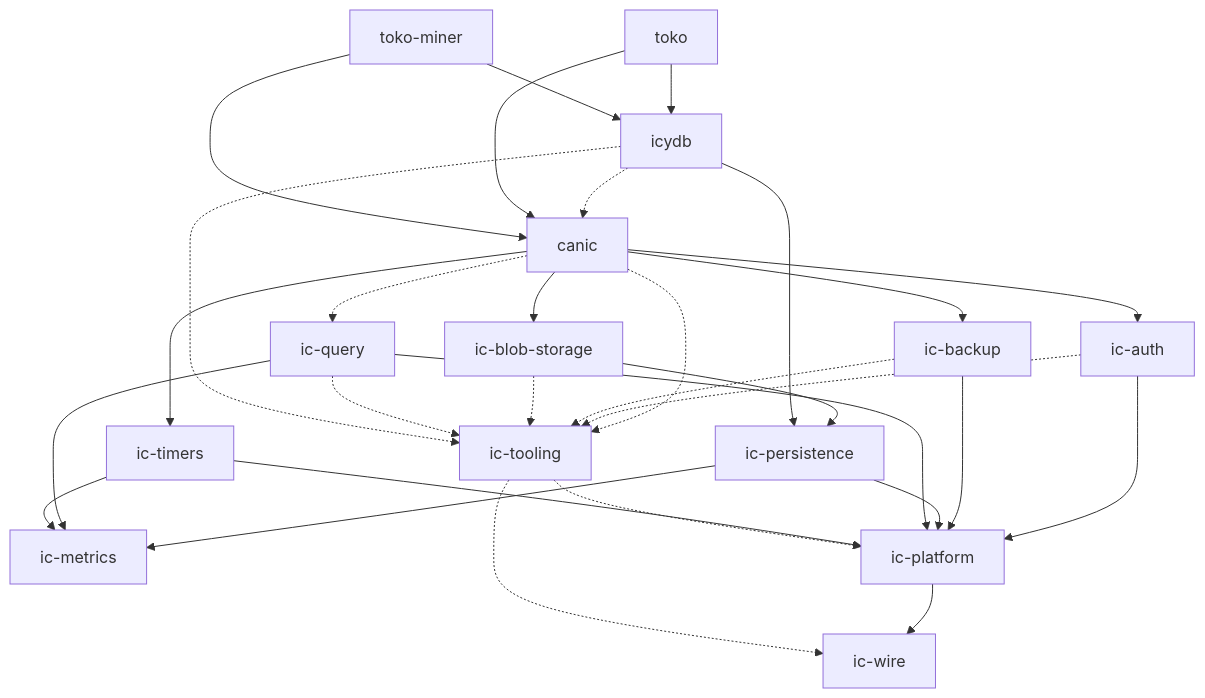
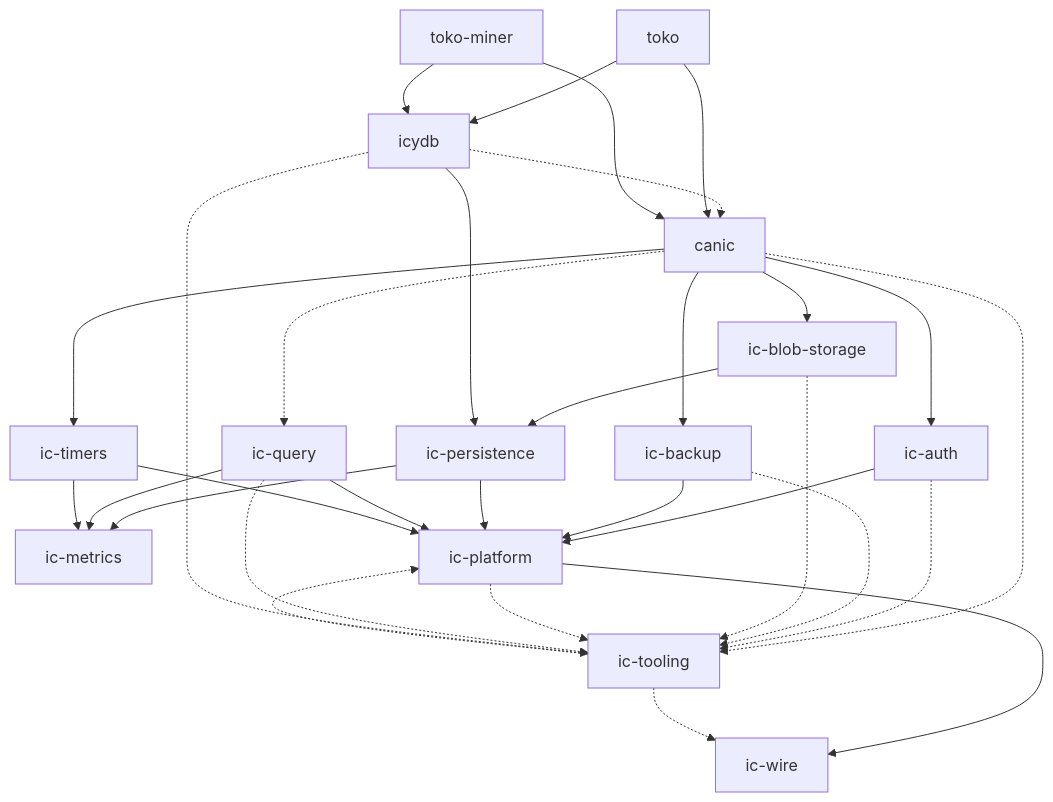
One commit to dragginzgame/shared-tooling changed the diagram in README.md. Above: the diagram before and after it, drawn with Mermaid. The commit also changed 20 other files, not shown here.

````diff
--- a/README.md
+++ b/README.md
@@ -28,46 +28,47 @@
 ```mermaid
 flowchart TD
     r_canic["canic"]
     r_ic_auth["ic-auth"]
     r_ic_backup["ic-backup"]
     r_ic_blob_storage["ic-blob-storage"]
     r_ic_metrics["ic-metrics"]
     r_ic_persistence["ic-persistence"]
     r_ic_platform["ic-platform"]
     r_ic_query["ic-query"]
     r_ic_timers["ic-timers"]
     r_ic_tooling["ic-tooling"]
     r_ic_wire["ic-wire"]
     r_icydb["icydb"]
     r_toko["toko"]
     r_toko_miner["toko-miner"]
     r_canic --> r_ic_auth
     r_canic --> r_ic_backup
     r_canic --> r_ic_blob_storage
     r_canic -.-> r_ic_query
     r_canic --> r_ic_timers
     r_canic -.-> r_ic_tooling
     r_ic_auth --> r_ic_platform
     r_ic_auth -.-> r_ic_tooling
     r_ic_backup --> r_ic_platform
     r_ic_backup -.-> r_ic_tooling
     r_ic_blob_storage --> r_ic_persistence
     r_ic_blob_storage -.-> r_ic_tooling
     r_ic_persistence --> r_ic_metrics
     r_ic_persistence --> r_ic_platform
+    r_ic_platform -.-> r_ic_tooling
     r_ic_platform --> r_ic_wire
     r_ic_query --> r_ic_metrics
     r_ic_query --> r_ic_platform
     r_ic_query -.-> r_ic_tooling
     r_ic_timers --> r_ic_metrics
     r_ic_timers --> r_ic_platform
     r_ic_tooling -.-> r_ic_platform
     r_ic_tooling -.-> r_ic_wire
     r_icydb -.-> r_canic
     r_icydb --> r_ic_persistence
     r_icydb -.-> r_ic_tooling
     r_toko --> r_canic
     r_toko --> r_icydb
     r_toko_miner --> r_canic
     r_toko_miner --> r_icydb
 ```
````
